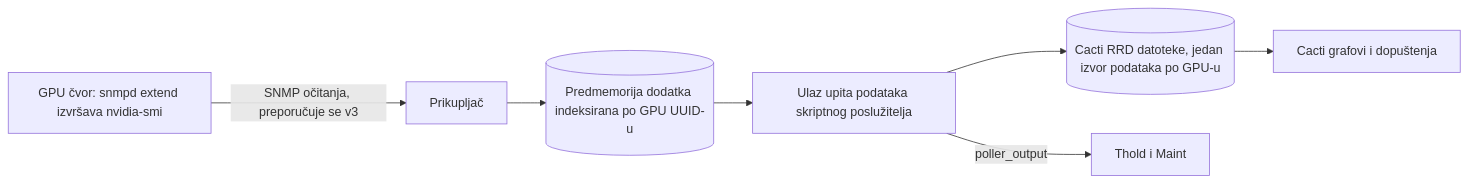
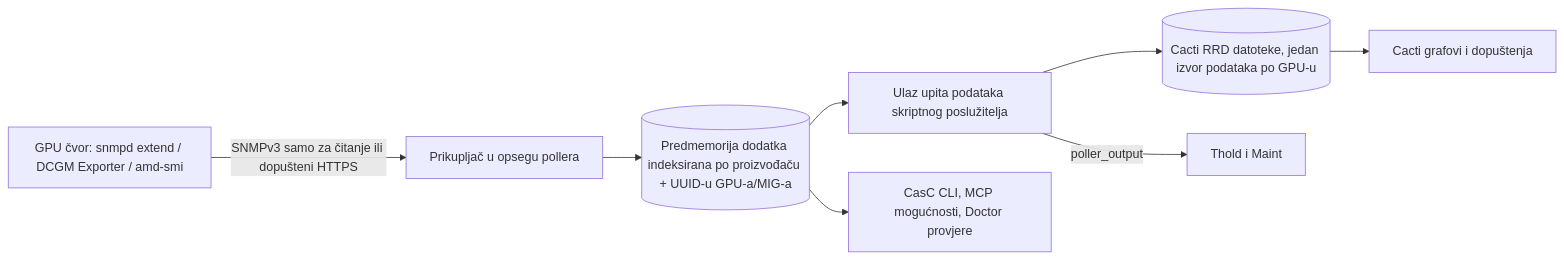
The diagram in docs/i18n/hr-HR/README.md (somethingwithproof/plugin_gpu), drawn with Mermaid before and after one commit. The commit also changed other lines of this file and 47 other files, not shown here.

````diff
--- a/docs/i18n/hr-HR/README.md
+++ b/docs/i18n/hr-HR/README.md
@@ -104,9 +104,10 @@
 ```mermaid
 flowchart LR
-    NODE["GPU čvor: snmpd extend izvršava nvidia-smi"] -->|SNMP očitanja, preporučuje se v3| C[Prikupljač]
-    C --> CACHE[("Predmemorija dodatka indeksirana po GPU UUID-u")]
+    NODE["GPU čvor: snmpd extend / DCGM Exporter / amd-smi"] -->|"SNMPv3 samo za čitanje ili dopušteni HTTPS"| C["Prikupljač u opsegu pollera"]
+    C --> CACHE[("Predmemorija dodatka indeksirana po proizvođaču + UUID-u GPU-a/MIG-a")]
     CACHE --> SS[Ulaz upita podataka skriptnog poslužitelja]
+    CACHE --> ECO["CasC CLI, MCP mogućnosti, Doctor provjere"]
     SS --> RRD[("Cacti RRD datoteke, jedan izvor podataka po GPU-u")]
     SS -->|poller_output| T[Thold i Maint]
     RRD --> G[Cacti grafovi i dopuštenja]
 ```
````
